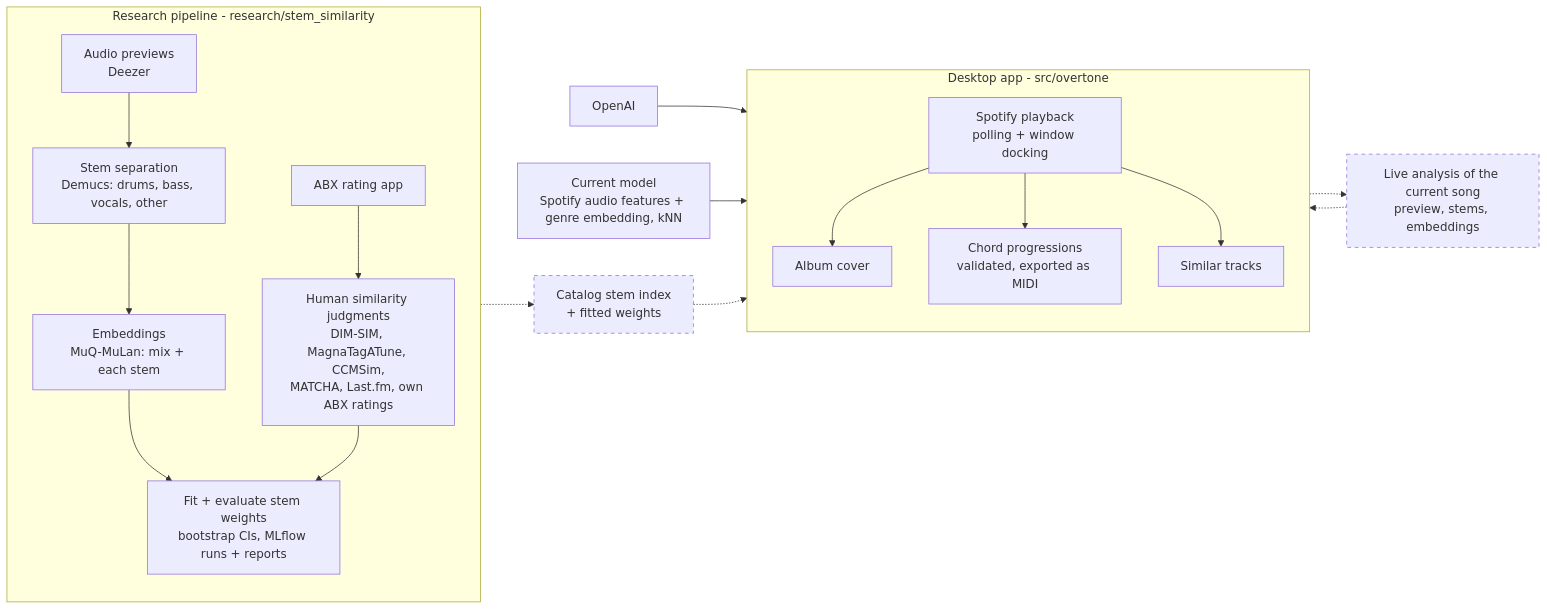
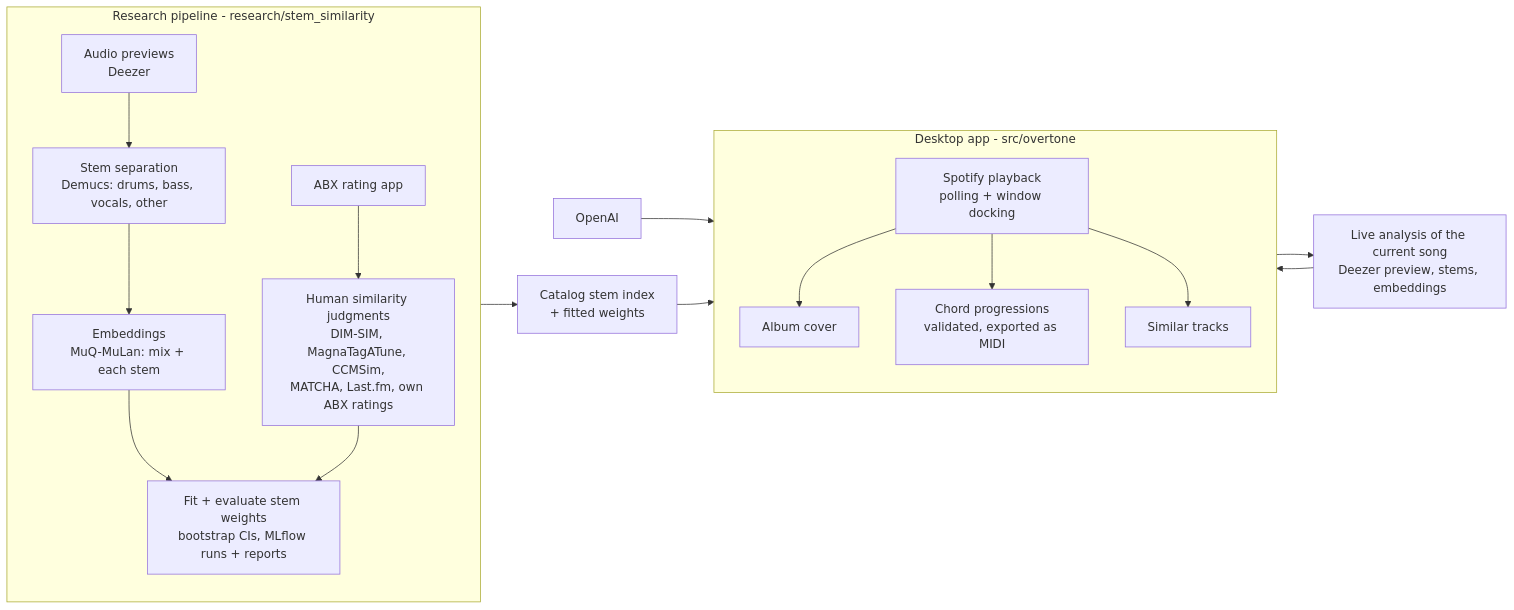
One commit to Nicolas-Cunderlik/Overtone changed the diagram in README.md. Above: the diagram before and after it, drawn with Mermaid. The commit also changed other lines of this file and 83 other files, not shown here.

First line of the commit message:
ssm-4: Add live inferencing on stem model and refactoring (#42)

````diff
--- a/README.md
+++ b/README.md
@@ -15,36 +15,32 @@
 ```mermaid
 flowchart LR
     subgraph research["Research pipeline - research/stem_similarity"]
         direction TB
         JUDGE["Human similarity judgments<br/>DIM-SIM, MagnaTagATune, CCMSim,<br/>MATCHA, Last.fm, own ABX ratings"]
         RATE["ABX rating app"]
         AUDIO["Audio previews<br/>Deezer"]
         SEP["Stem separation<br/>Demucs: drums, bass, vocals, other"]
         EMB["Embeddings<br/>MuQ-MuLan: mix + each stem"]
         FIT["Fit + evaluate stem weights<br/>bootstrap CIs, MLflow runs + reports"]
         RATE --> JUDGE
         AUDIO --> SEP --> EMB --> FIT
         JUDGE --> FIT
     end
 
     subgraph app["Desktop app - src/overtone"]
         direction TB
         PLAY["Spotify playback<br/>polling + window docking"]
         COVER["Album cover"]
         CHORDS["Chord progressions<br/>validated, exported as MIDI"]
         SIM["Similar tracks"]
         PLAY --> COVER
         PLAY --> CHORDS
         PLAY --> SIM
     end
 
     LLM["OpenAI"] --> CHORDS
-    KNN["Current model<br/>Spotify audio features + genre embedding, kNN"] --> SIM
-    FIT -.-> INDEX["Catalog stem index<br/>+ fitted weights"]
-    INDEX -.-> SIM
-    PLAY -.-> LIVE["Live analysis of the current song<br/>preview, stems, embeddings"]
-    LIVE -.-> SIM
-
-    classDef planned stroke-dasharray: 5 5
-    class INDEX,LIVE planned
+    FIT --> INDEX["Catalog stem index<br/>+ fitted weights"]
+    INDEX --> SIM
+    PLAY --> LIVE["Live analysis of the current song<br/>Deezer preview, stems, embeddings"]
+    LIVE --> SIM
 ```
````
